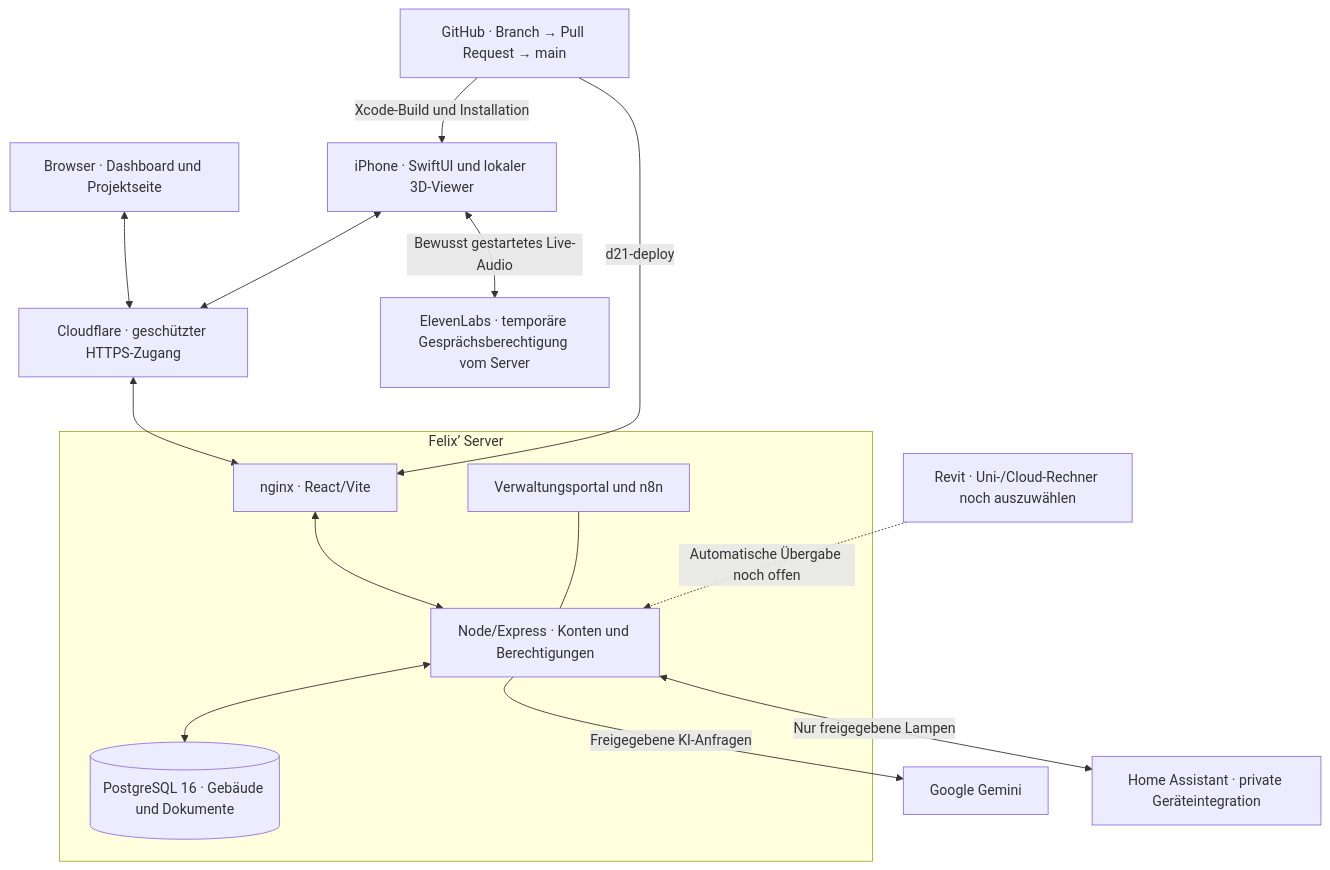
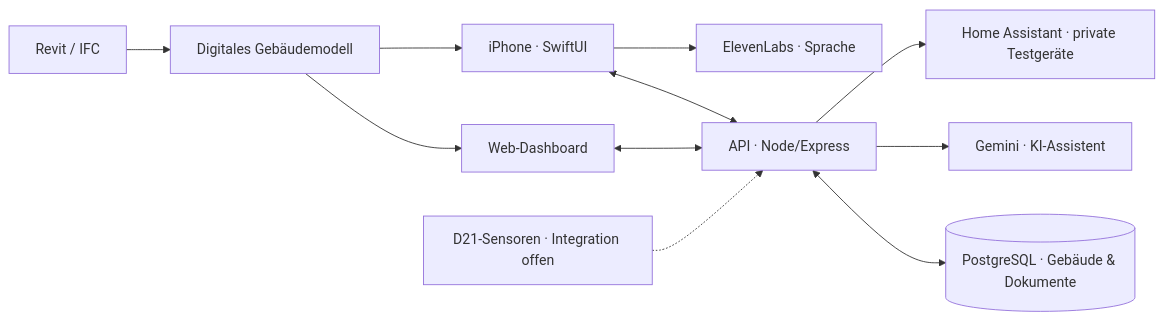
One commit to felixdoering05-prog/GST_Teamprojekt_Team_1 changed the diagram in README.md. Above: the diagram before and after it, drawn with Mermaid. The commit also changed other lines of this file, not shown here.

Commit message:
docs: README neu strukturieren und übersichtlich gestalten

````diff
--- a/README.md
+++ b/README.md
@@ -169,26 +68,13 @@
 ```mermaid
-flowchart TB
-    browser["Browser · Dashboard und Projektseite"]
-    iphone["iPhone · SwiftUI und lokaler 3D-Viewer"]
-    cloud["Cloudflare · geschützter HTTPS-Zugang"]
-    subgraph server["Felix’ Server"]
-        web["nginx · React/Vite"]
-        api["Node/Express · Konten und Berechtigungen"]
-        db[("PostgreSQL 16 · Gebäude und Dokumente")]
-        monitor["Verwaltungsportal und n8n"]
-        web <--> api
-        api <--> db
-        monitor --- api
-    end
-    browser <--> cloud
-    iphone <--> cloud
-    cloud <--> web
-    api -->|"Freigegebene KI-Anfragen"| gemini["Google Gemini"]
-    iphone <-->|"Bewusst gestartetes Live-Audio"| voice["ElevenLabs · temporäre Gesprächsberechtigung vom Server"]
-    api <-->|"Nur freigegebene Lampen"| ha["Home Assistant · private Geräteintegration"]
-    revit["Revit · Uni-/Cloud-Rechner noch auszuwählen"]
-    revit -.->|"Automatische Übergabe noch offen"| api
-    github["GitHub · Branch → Pull Request → main"]
-    github -->|"d21-deploy"| web
-    github -->|"Xcode-Build und Installation"| iphone
+flowchart LR
+    R["Revit / IFC"] --> M["Digitales Gebäudemodell"]
+    W["Web-Dashboard"] <--> A["API · Node/Express"]
+    I["iPhone · SwiftUI"] <--> A
+    A <--> D[("PostgreSQL · Gebäude & Dokumente")]
+    M --> W
+    M --> I
+    A --> K["Gemini · KI-Assistent"]
+    A --> H["Home Assistant · private Testgeräte"]
+    I --> S["ElevenLabs · Sprache"]
+    X["D21-Sensoren · Integration offen"] -.-> A
 ```
````
